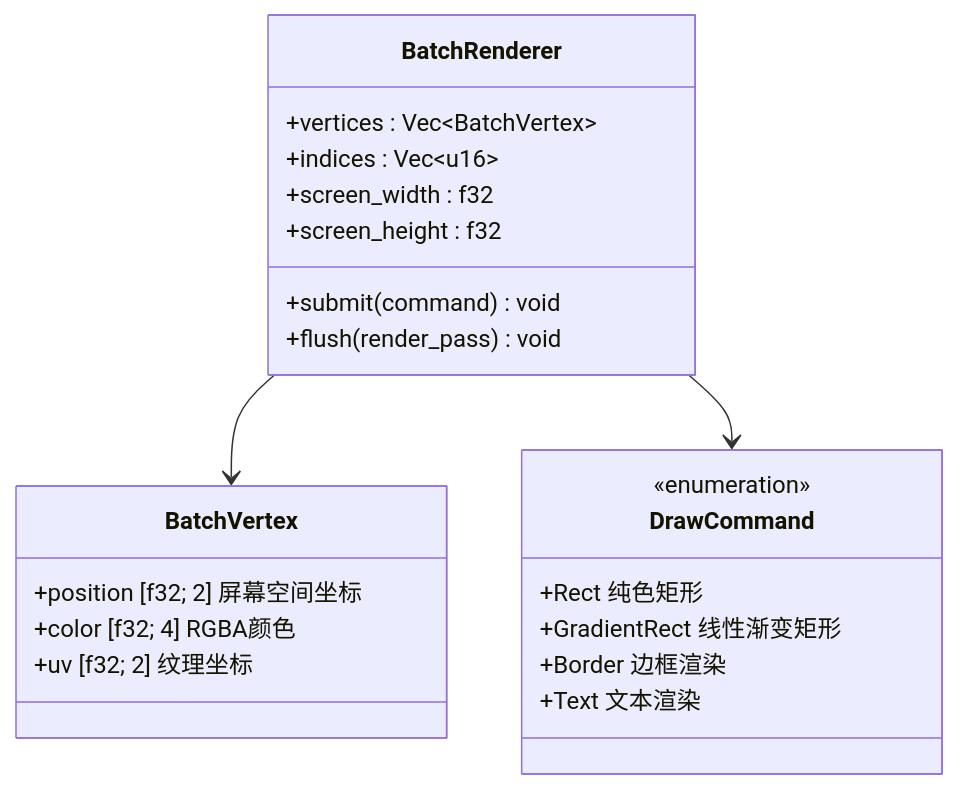
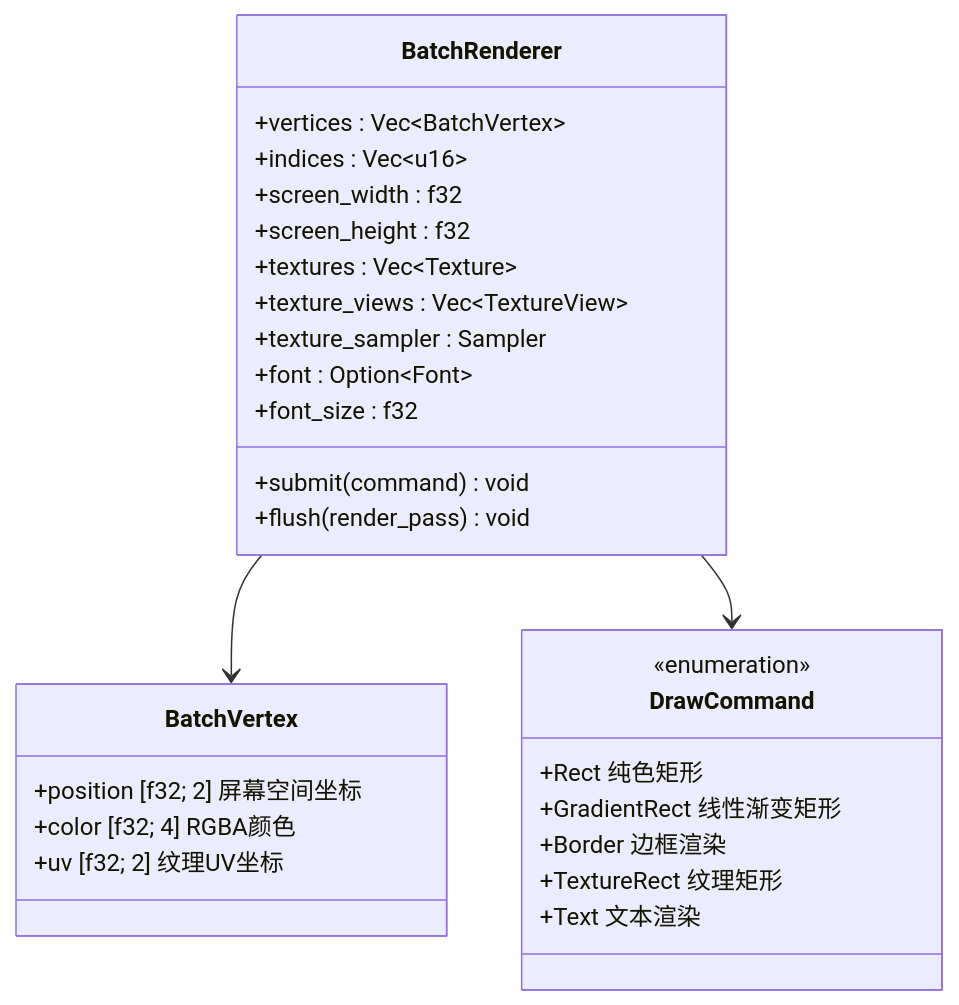
One commit to itszzl-sudo/iris changed the seventh of 40 diagrams in .qoder/repowiki/zh/content/技术架构详解/WebGPU渲染引擎/WebGPU渲染引擎.md. Above: the diagram before and after it, drawn with Mermaid. The commit also changed other lines of this file and 4 other files, not shown here.

````diff
--- a/.qoder/repowiki/zh/content/技术架构详解/WebGPU渲染引擎/WebGPU渲染引擎.md
+++ b/.qoder/repowiki/zh/content/技术架构详解/WebGPU渲染引擎/WebGPU渲染引擎.md
@@ -336,25 +351,31 @@
 ```mermaid
 classDiagram
 class BatchVertex {
 +position [f32; 2] 屏幕空间坐标
 +color [f32; 4] RGBA颜色
-+uv [f32; 2] 纹理坐标
++uv [f32; 2] 纹理UV坐标
 }
 class DrawCommand {
 <<enumeration>>
 +Rect 纯色矩形
 +GradientRect 线性渐变矩形
 +Border 边框渲染
++TextureRect 纹理矩形
 +Text 文本渲染
 }
 class BatchRenderer {
 +vertices : Vec~BatchVertex~
 +indices : Vec~u16~
 +screen_width : f32
 +screen_height : f32
++textures : Vec~Texture~
++texture_views : Vec~TextureView~
++texture_sampler : Sampler
++font : Option~Font~
++font_size : f32
 +submit(command) void
 +flush(render_pass) void
 }
 BatchRenderer --> BatchVertex
 BatchRenderer --> DrawCommand
 ```
````
